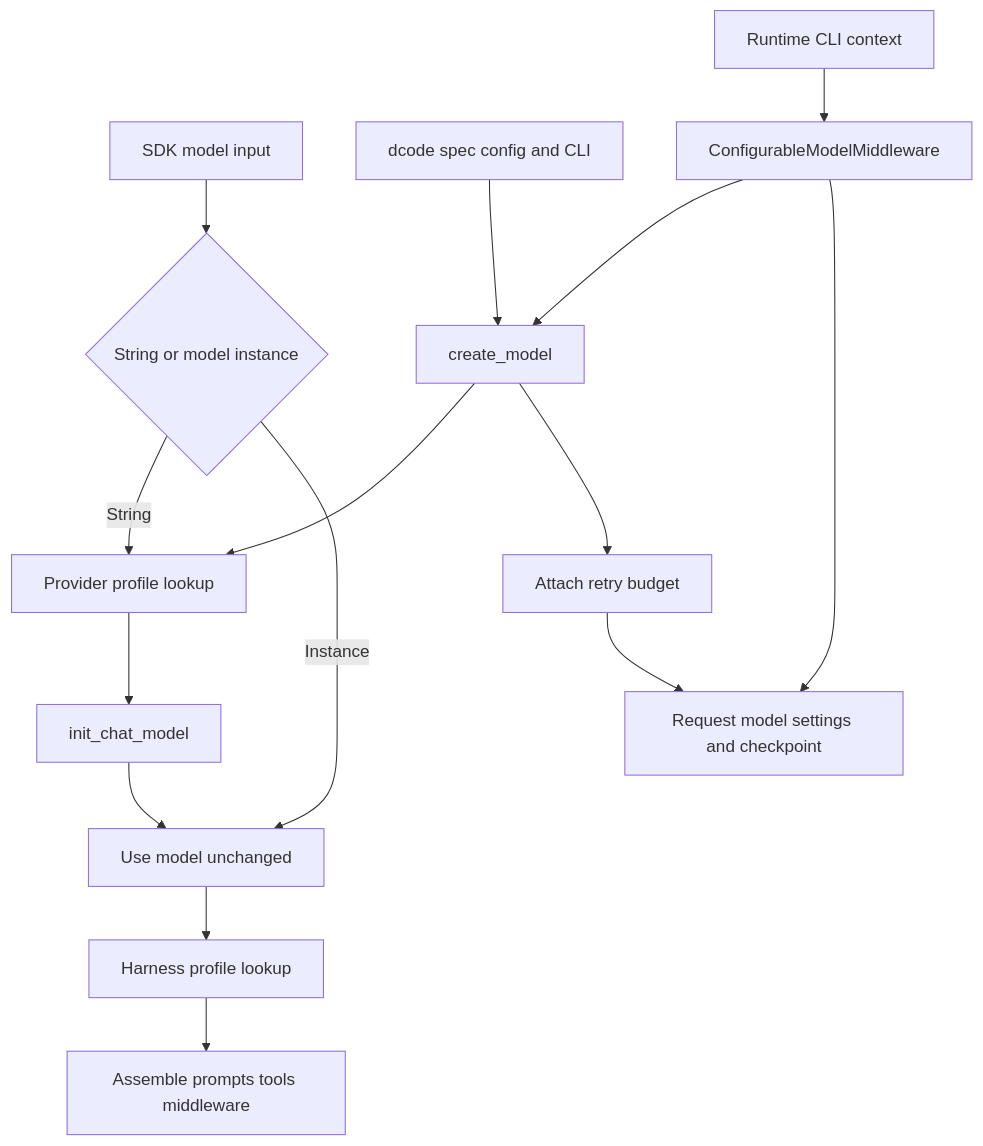
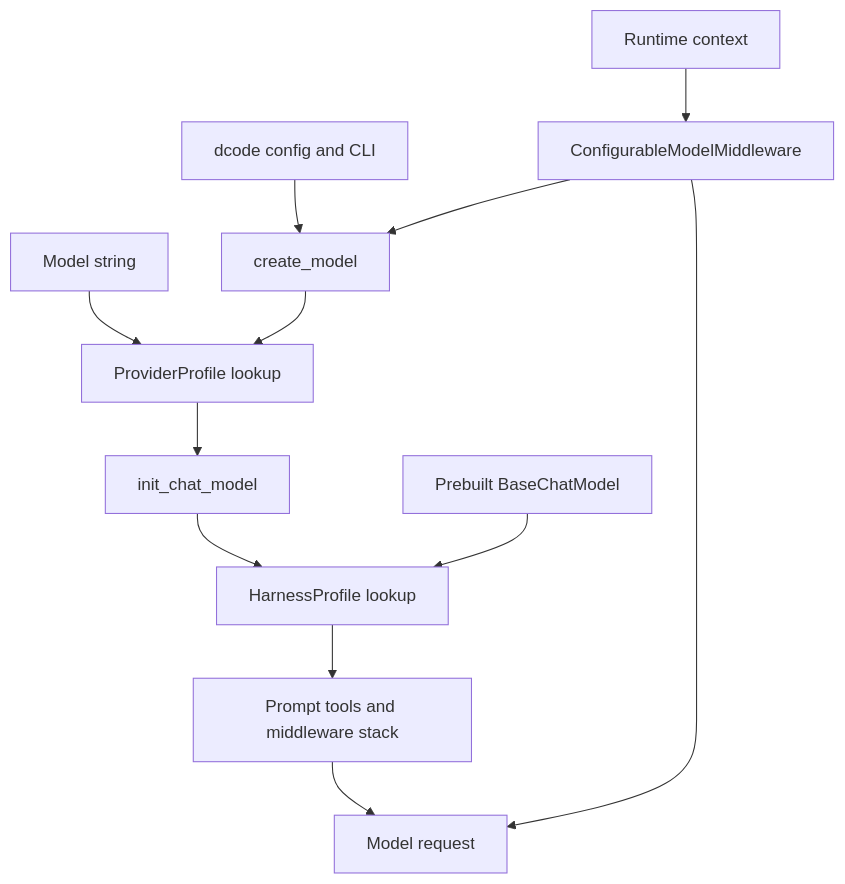
One commit to langchain-ai/deepagents changed the diagram in openwiki/concepts/profiles-models.md. Above: the diagram before and after it, drawn with Mermaid. The commit also changed other lines of this file and 63 other files, not shown here.

````diff
--- a/openwiki/concepts/profiles-models.md
+++ b/openwiki/concepts/profiles-models.md
@@ -39,17 +54,14 @@
 ```mermaid
 flowchart TD
-    Input["SDK model input"] --> Kind{"String or model instance"}
-    Kind -->|"String"| Provider["Provider profile lookup"]
-    Provider --> Construct["init_chat_model"]
-    Kind -->|"Instance"| Built["Use model unchanged"]
-    Construct --> Built
-    Built --> Harness["Harness profile lookup"]
-    Harness --> Agent["Assemble prompts tools middleware"]
-    Dcode["dcode spec config and CLI"] --> Create["create_model"]
+    Spec["Model string"] --> Provider["ProviderProfile lookup"]
+    Provider --> Build["init_chat_model"]
+    Instance["Prebuilt BaseChatModel"] --> Harness
+    Build --> Harness["HarnessProfile lookup"]
+    Harness --> Agent["Prompt tools and middleware stack"]
+    Dcode["dcode config and CLI"] --> Create["create_model"]
     Create --> Provider
-    Create --> Budget["Attach retry budget"]
-    Context["Runtime CLI context"] --> Switch["ConfigurableModelMiddleware"]
+    Context["Runtime context"] --> Switch["ConfigurableModelMiddleware"]
     Switch --> Create
-    Switch --> Request["Request model settings and checkpoint"]
-    Budget --> Request
+    Switch --> Request["Model request"]
+    Agent --> Request
 ```
````
